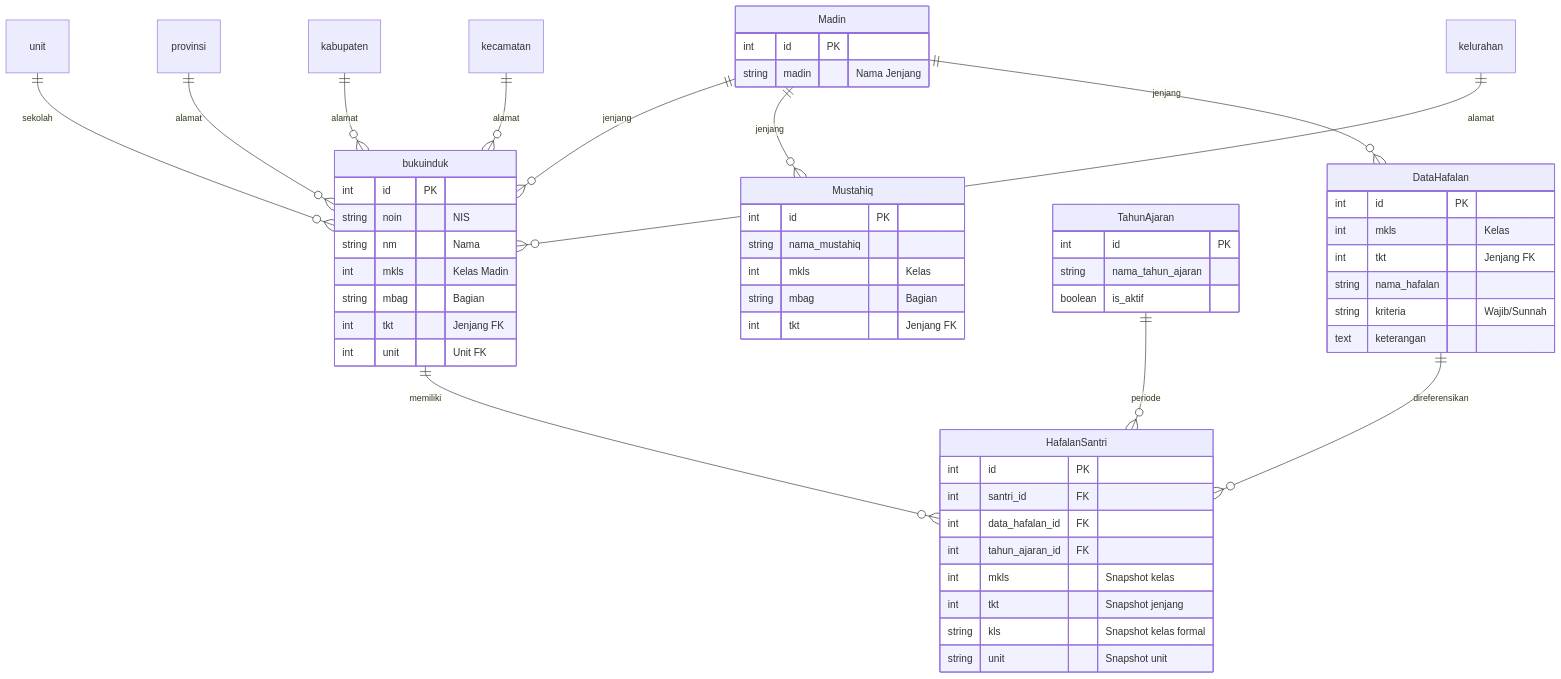
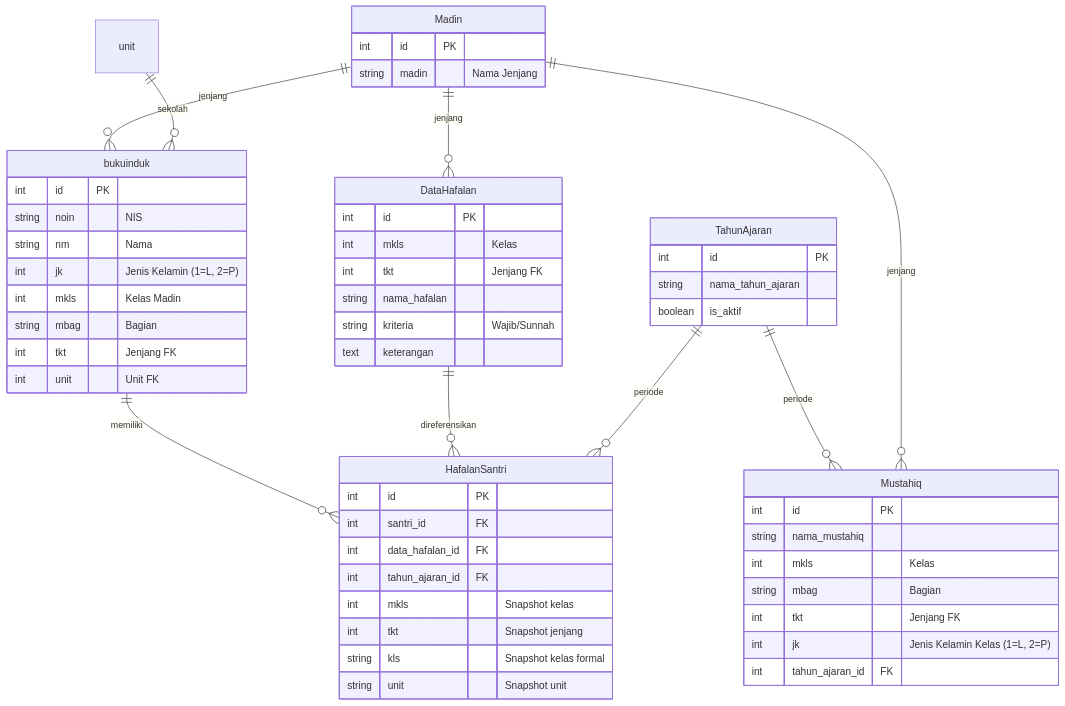
One commit to rofiqu210899/diniyyah-filament changed the diagram in README.md. Above: the diagram before and after it, drawn with Mermaid. The commit also changed other lines of this file and 16 other files, not shown here.

````diff
--- a/README.md
+++ b/README.md
@@ -79,63 +92,63 @@
 ```mermaid
 erDiagram
     bukuinduk ||--o{ HafalanSantri : "memiliki"
     DataHafalan ||--o{ HafalanSantri : "direferensikan"
     TahunAjaran ||--o{ HafalanSantri : "periode"
+    TahunAjaran ||--o{ Mustahiq : "periode"
     Madin ||--o{ bukuinduk : "jenjang"
     Madin ||--o{ Mustahiq : "jenjang"
     Madin ||--o{ DataHafalan : "jenjang"
     unit ||--o{ bukuinduk : "sekolah"
-    provinsi ||--o{ bukuinduk : "alamat"
-    kabupaten ||--o{ bukuinduk : "alamat"
-    kecamatan ||--o{ bukuinduk : "alamat"
-    kelurahan ||--o{ bukuinduk : "alamat"
 
     bukuinduk {
         int id PK
         string noin "NIS"
         string nm "Nama"
+        int jk "Jenis Kelamin (1=L, 2=P)"
         int mkls "Kelas Madin"
         string mbag "Bagian"
         int tkt "Jenjang FK"
         int unit "Unit FK"
     }
 
     DataHafalan {
         int id PK
         int mkls "Kelas"
         int tkt "Jenjang FK"
         string nama_hafalan
         string kriteria "Wajib/Sunnah"
         text keterangan
     }
 
     HafalanSantri {
         int id PK
         int santri_id FK
         int data_hafalan_id FK
         int tahun_ajaran_id FK
         int mkls "Snapshot kelas"
         int tkt "Snapshot jenjang"
         string kls "Snapshot kelas formal"
         string unit "Snapshot unit"
     }
 
     TahunAjaran {
         int id PK
         string nama_tahun_ajaran
         boolean is_aktif
     }
 
     Mustahiq {
         int id PK
         string nama_mustahiq
         int mkls "Kelas"
         string mbag "Bagian"
         int tkt "Jenjang FK"
+        int jk "Jenis Kelamin Kelas (1=L, 2=P)"
+        int tahun_ajaran_id FK
     }
 
     Madin {
         int id PK
         string madin "Nama Jenjang"
     }
 ```
````
